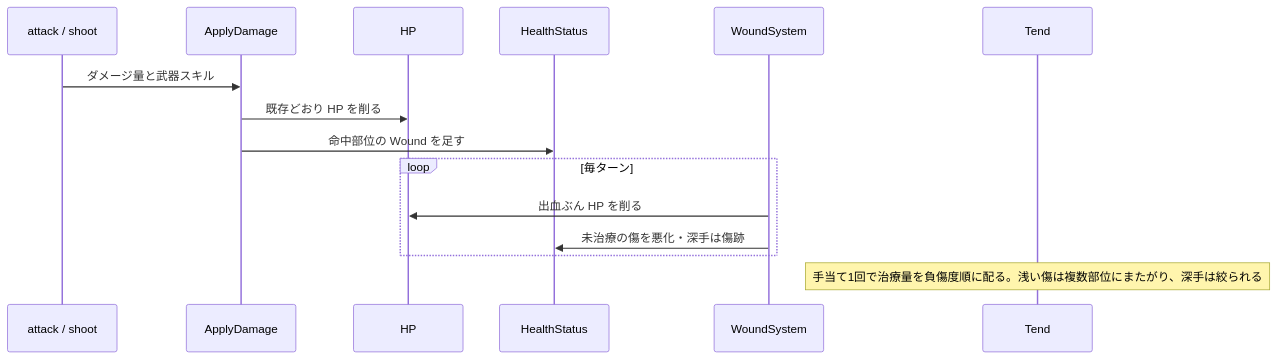
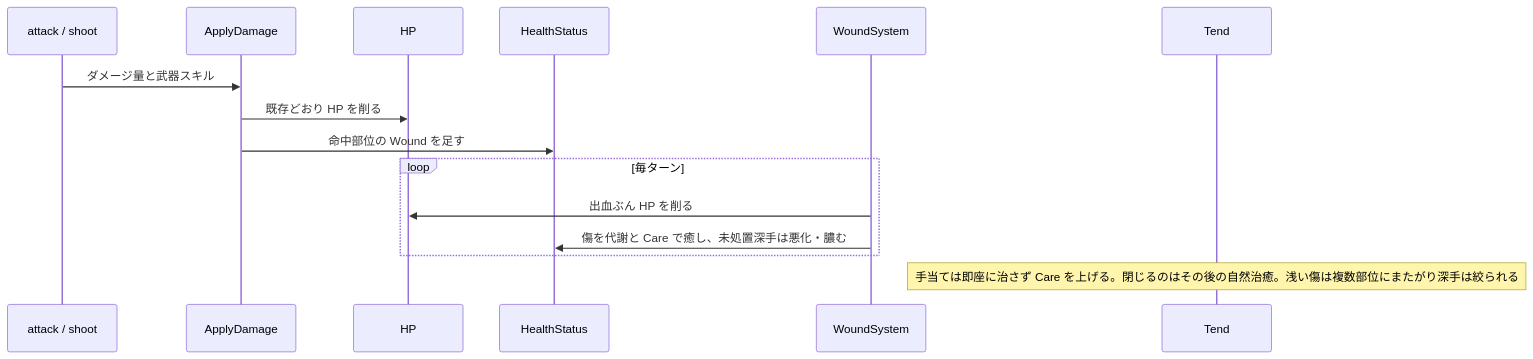
One commit to kijimad/ruins changed the second of 2 diagrams in docs/design/260821232324.md. Above: the diagram before and after it, drawn with Mermaid. The commit also changed other lines of this file, not shown here.

````diff
--- a/docs/design/260821232324.md
+++ b/docs/design/260821232324.md
@@ -96,18 +98,18 @@
 ```mermaid
 sequenceDiagram
     participant AT as attack / shoot
     participant AD as ApplyDamage
     participant HP as HP
     participant HS as HealthStatus
     participant WS as WoundSystem
     participant TD as Tend
 
     AT->>AD: ダメージ量と武器スキル
     AD->>HP: 既存どおり HP を削る
     AD->>HS: 命中部位の Wound を足す
     loop 毎ターン
         WS->>HP: 出血ぶん HP を削る
-        WS->>HS: 未治療の傷を悪化・深手は傷跡
+        WS->>HS: 傷を代謝と Care で癒し、未処置深手は悪化・膿む
     end
-    Note over TD: 手当て1回で治療量を負傷度順に配る。浅い傷は複数部位にまたがり、深手は絞られる
+    Note over TD: 手当ては即座に治さず Care を上げる。閉じるのはその後の自然治癒。浅い傷は複数部位にまたがり深手は絞られる
 ```
````
